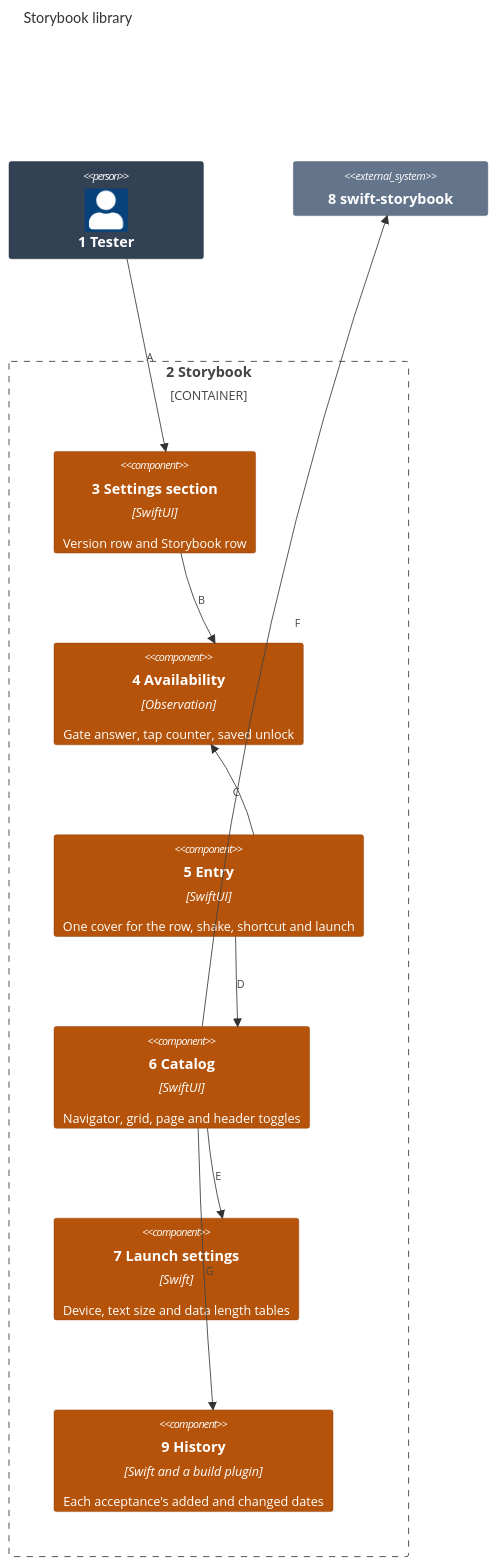
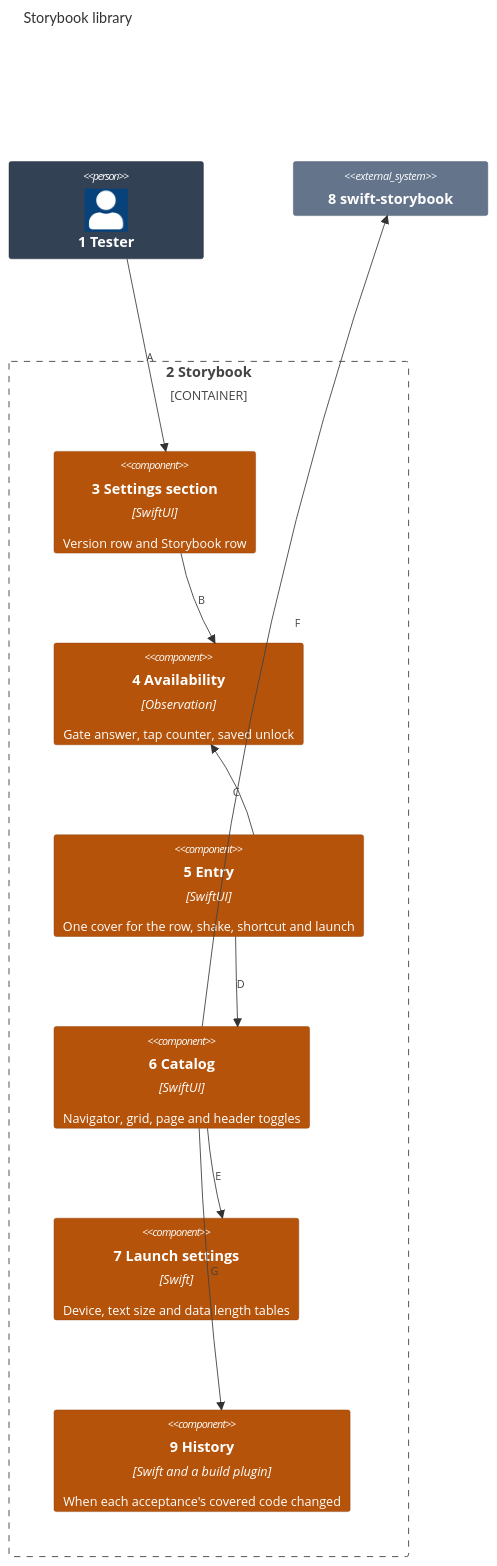
Before and after one commit to may-journal/common-swift: the first of 2 diagrams in Packages/Storybook/docs/architecture/03-components.md, drawn with Mermaid. The commit also changed 18 other files, not shown here.

First line of the commit message:
feat(storybook): age badges by the code each acceptance's test covers

````diff
--- a/Packages/Storybook/docs/architecture/03-components.md
+++ b/Packages/Storybook/docs/architecture/03-components.md
@@ -5,34 +5,34 @@
 ```mermaid
 C4Component
     title Storybook library
 
     Person(tester, "1 Tester")
 
     Container_Boundary(core, "2 Storybook") {
         Component(section, "3 Settings section", "SwiftUI", "Version row and Storybook row")
         Component(availability, "4 Availability", "Observation", "Gate answer, tap counter, saved unlock")
         Component(entry, "5 Entry", "SwiftUI", "One cover for the row, shake, shortcut and launch")
         Component(catalog, "6 Catalog", "SwiftUI", "Navigator, grid, page and header toggles")
         Component(settings, "7 Launch settings", "Swift", "Device, text size and data length tables")
-        Component(history, "9 History", "Swift and a build plugin", "Each acceptance's added and changed dates")
+        Component(history, "9 History", "Swift and a build plugin", "When each acceptance's covered code changed")
     }
 
     System_Ext(kit, "8 swift-storybook")
 
     Rel(tester, section, "A")
     Rel(section, availability, "B")
     Rel(entry, availability, "C")
     Rel(entry, catalog, "D")
     Rel(catalog, settings, "E")
     Rel(catalog, kit, "F")
     Rel(catalog, history, "G")
 
     UpdateElementStyle(tester, $bgColor="#334155", $borderColor="#1e293b", $fontColor="#ffffff")
     UpdateElementStyle(section, $bgColor="#b45309", $borderColor="#92400e", $fontColor="#ffffff")
     UpdateElementStyle(availability, $bgColor="#b45309", $borderColor="#92400e", $fontColor="#ffffff")
     UpdateElementStyle(entry, $bgColor="#b45309", $borderColor="#92400e", $fontColor="#ffffff")
     UpdateElementStyle(catalog, $bgColor="#b45309", $borderColor="#92400e", $fontColor="#ffffff")
     UpdateElementStyle(settings, $bgColor="#b45309", $borderColor="#92400e", $fontColor="#ffffff")
     UpdateElementStyle(history, $bgColor="#b45309", $borderColor="#92400e", $fontColor="#ffffff")
     UpdateElementStyle(kit, $bgColor="#64748b", $borderColor="#475569", $fontColor="#ffffff")
 ```
````
